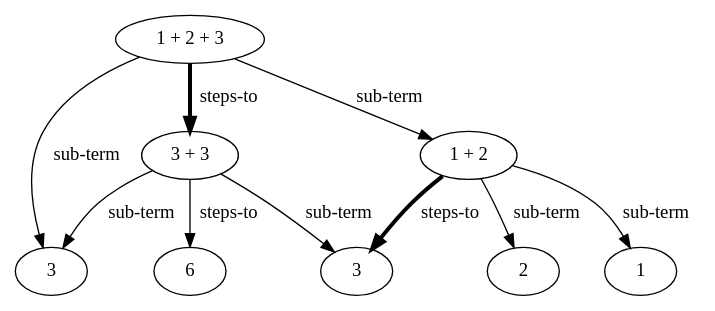
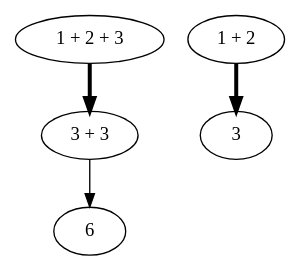
One commit to ucsd-progsys/nanomaly changed the diagram in paper/pldi16-submission/simple.dot. Above: the diagram before and after it, drawn with Graphviz. The commit also changed 4 other files, not shown here.

Commit message:
remove sub-term edges from the graph

```diff
--- a/paper/pldi16-submission/simple.dot
+++ b/paper/pldi16-submission/simple.dot
@@ -1,19 +1,19 @@
 digraph G {
 u0[label="1 + 2 + 3"];
-u1[label="3"];
+// u1[label="3"];
 u2[label="3 + 3"];
 u3[label="1 + 2"];
 u4[label="3"];
-u5[label="2"];
-u6[label="1"];
+// u5[label="2"];
+// u6[label="1"];
 u7[label="6"];
-u0 -> u1[label="sub-term"];
-u0 -> u2[label="steps-to", penwidth=3];
-u0 -> u3[label="sub-term"];
-u2 -> u1[label="sub-term"];
-u2 -> u4[label="sub-term"];
-u2 -> u7[label="steps-to"];
-u3 -> u4[label="steps-to", penwidth=3];
-u3 -> u5[label="sub-term"];
-u3 -> u6[label="sub-term"];
+// u0 -> u1[label="sub-term"];
+u0 -> u2[penwidth=3];
+// u0 -> u3[label="sub-term"];
+// u2 -> u1[label="sub-term"];
+// u2 -> u4[label="sub-term"];
+u2 -> u7;
+u3 -> u4[penwidth=3];
+// u3 -> u5[label="sub-term"];
+// u3 -> u6[label="sub-term"];
 }
```
